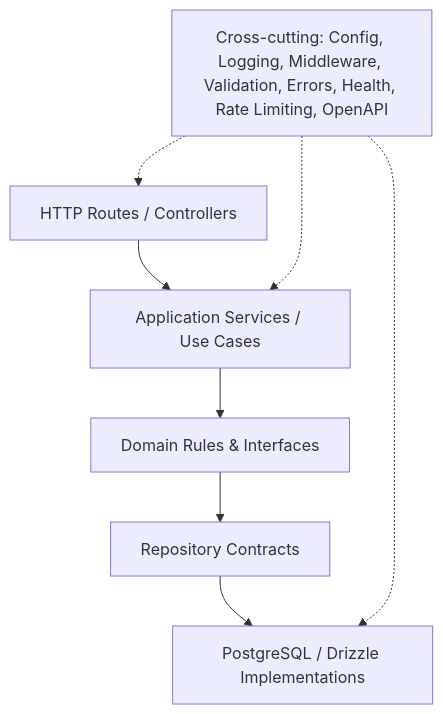
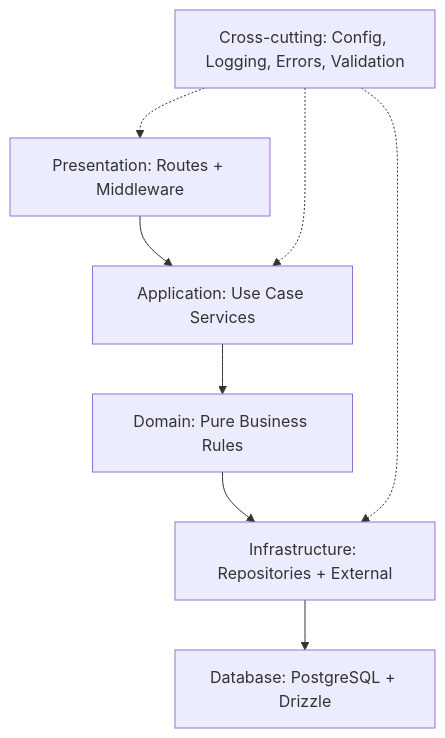
Before and after one commit to AhmadZaqiq/usage-metering-quota-service: the diagram in README.md, drawn with Mermaid. The commit also changed other lines of this file and 42 other files, not shown here.

First line of the commit message:
refactor: organize project into clear architectural layers

````diff
--- a/README.md
+++ b/README.md
@@ -30,11 +30,11 @@
 ```mermaid
 graph TD
-    A[HTTP Routes / Controllers] --> B[Application Services / Use Cases]
-    B --> C[Domain Rules & Interfaces]
-    C --> D[Repository Contracts]
-    D --> E[PostgreSQL / Drizzle Implementations]
+    A[Presentation: Routes + Middleware] --> B[Application: Use Case Services]
+    B --> C[Domain: Pure Business Rules]
+    C --> D[Infrastructure: Repositories + External]
+    D --> E[Database: PostgreSQL + Drizzle]
     
-    F[Cross-cutting: Config, Logging, Middleware, Validation, Errors, Health, Rate Limiting, OpenAPI] -.-> A
+    F[Cross-cutting: Config, Logging, Errors, Validation] -.-> A
     F -.-> B
-    F -.-> E
+    F -.-> D
 ```
````
